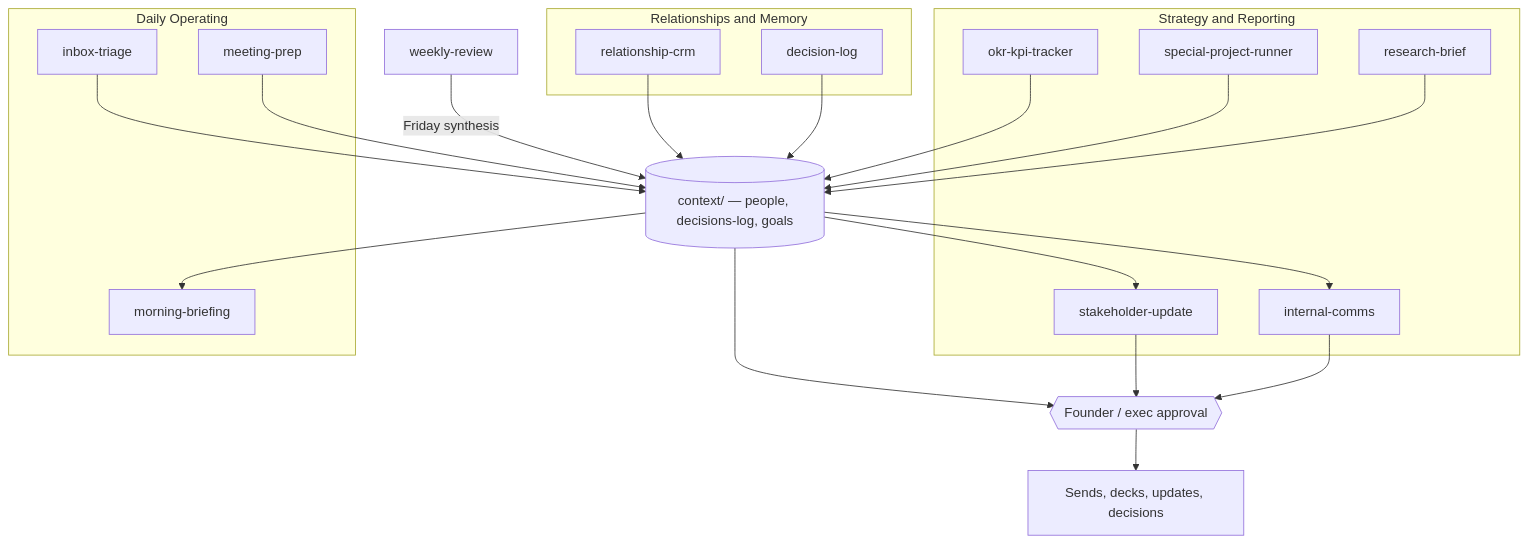
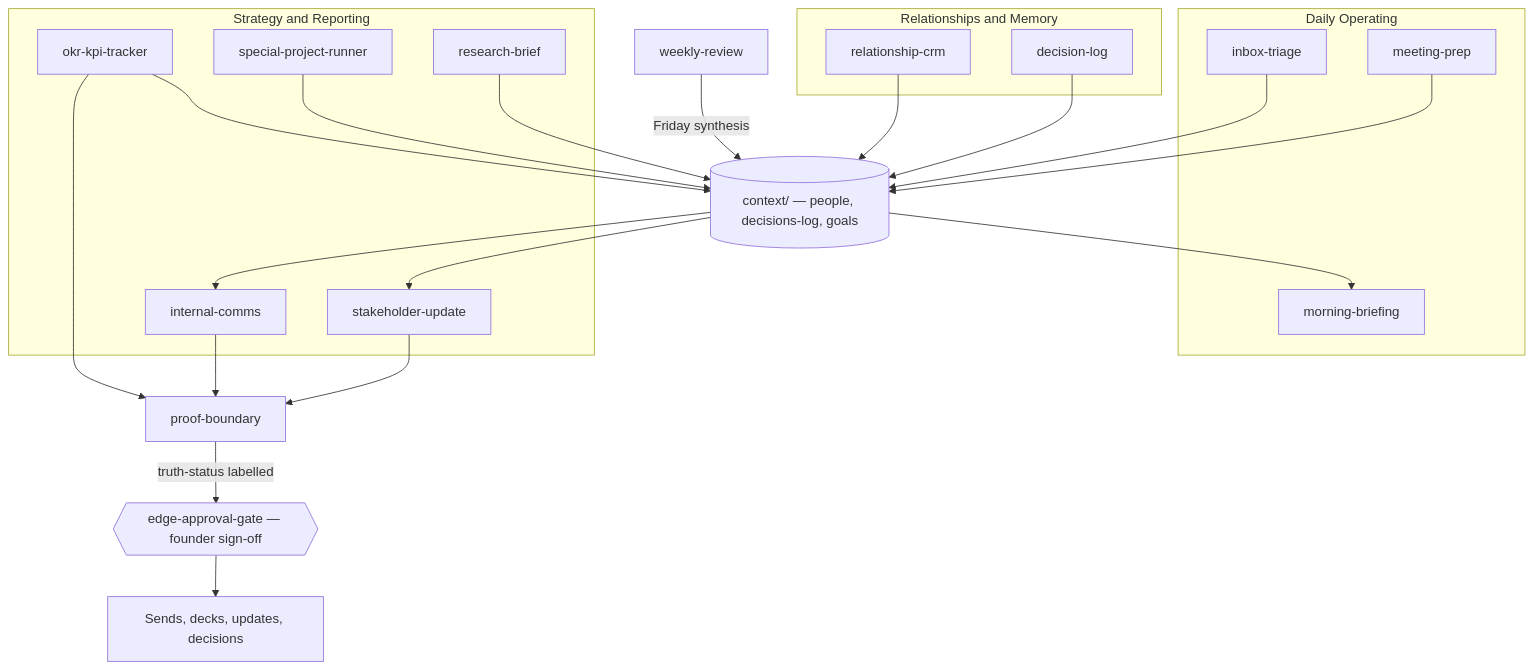
One commit to Mrrqaz/operator-os changed the diagram in README.md. Above: the diagram before and after it, drawn with Mermaid. The commit also changed other lines of this file and 3 other files, not shown here.

First line of the commit message:
Add control layer: proof-boundary + edge-approval-gate

````diff
--- a/README.md
+++ b/README.md
@@ -17,42 +17,44 @@
 ```mermaid
 flowchart TD
     subgraph Daily["Daily Operating"]
         MB[morning-briefing]
         IT[inbox-triage]
         MP[meeting-prep]
     end
 
     subgraph Memory["Relationships and Memory"]
         RCRM[relationship-crm]
         DL[decision-log]
     end
 
     subgraph Strategy["Strategy and Reporting"]
         OKR[okr-kpi-tracker]
         SPR[special-project-runner]
         RB[research-brief]
         SU[stakeholder-update]
         IC[internal-comms]
     end
 
     WR[weekly-review]
     CTX[("context/ — people, decisions-log, goals")]
-    GATE{{"Founder / exec approval"}}
+    PB[proof-boundary]
+    GATE{{"edge-approval-gate — founder sign-off"}}
 
     CTX --> MB
     IT --> CTX
     MP --> CTX
     RCRM --> CTX
     DL --> CTX
     OKR --> CTX
     SPR --> CTX
     RB --> CTX
     CTX --> SU
     CTX --> IC
     WR -->|Friday synthesis| CTX
 
-    CTX --> GATE
-    SU --> GATE
-    IC --> GATE
+    SU --> PB
+    IC --> PB
+    OKR --> PB
+    PB -->|truth-status labelled| GATE
     GATE --> SEND["Sends, decks, updates, decisions"]
 ```
````
